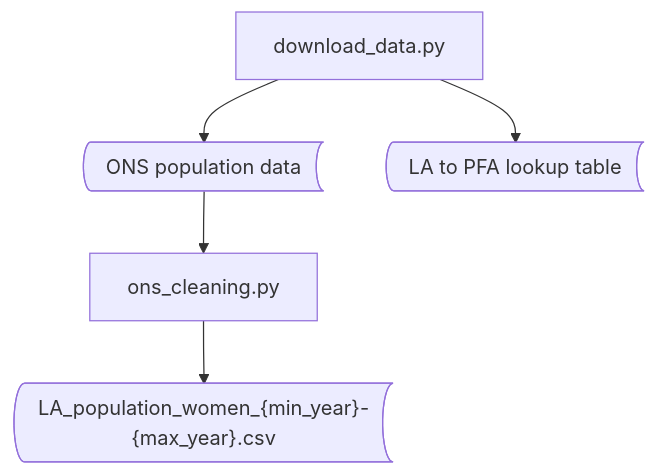
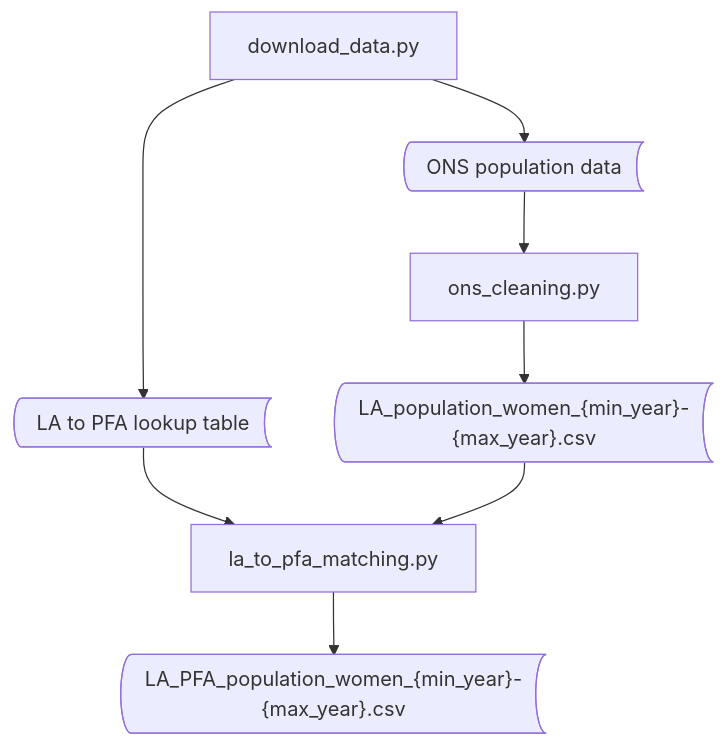
One commit to Prison-Reform-Trust/womens-imprisonment-PFA changed the second of 2 diagrams in docs/getting-started/processing-the-data.md. Above: the diagram before and after it, drawn with Mermaid. The commit also changed other lines of this file and 2 other files, not shown here.

````diff
--- a/docs/getting-started/processing-the-data.md
+++ b/docs/getting-started/processing-the-data.md
@@ -100,7 +100,11 @@
 ``` mermaid
 graph TD
   A[download_data.py] --> B@{ shape: bow-rect, label: "ONS population data" }
   A --> C@{ shape: bow-rect, label: "LA to PFA lookup table" }
   B --> D[ons_cleaning.py]
   D --> E@{ shape: bow-rect, label: "LA_population_women_{min_year}-{max_year}.csv" }
+  C --> F[la_to_pfa_matching.py]
+  E --> F
+  F --> G@{ shape: bow-rect, label: "LA_PFA_population_women_{min_year}-{max_year}.csv" }
+
 ```
````
